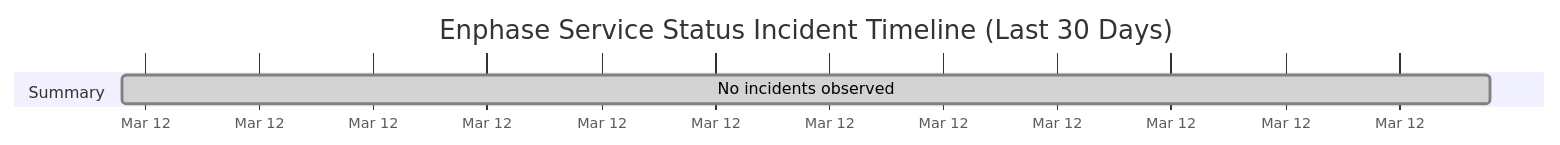
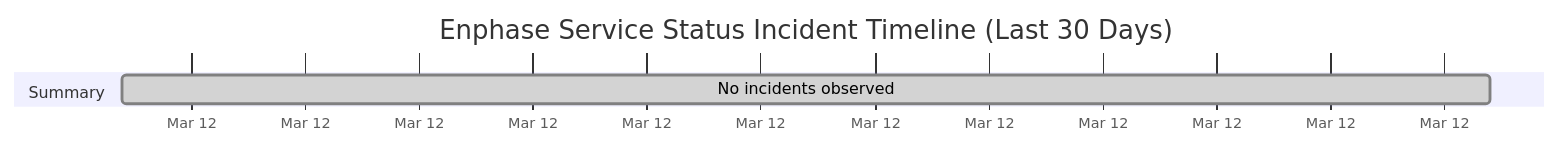
One commit to barneyonline/ha-enphase-ev-charger changed the diagram in wiki/Service-Status-History.md. Above: the diagram before and after it, drawn with Mermaid. The commit also changed other lines of this file and 3 other files, not shown here.

````diff
--- a/wiki/Service-Status-History.md
+++ b/wiki/Service-Status-History.md
@@ -14,8 +14,8 @@
 ```mermaid
 gantt
     title Enphase Service Status Incident Timeline (Last 30 Days)
     dateFormat  YYYY-MM-DDTHH:mm:ss
     axisFormat  %b %d
     section Summary
-    No incidents observed :done, 2026-03-12T10:29:59, 1m
+    No incidents observed :done, 2026-03-12T11:26:22, 1m
 ```
````
